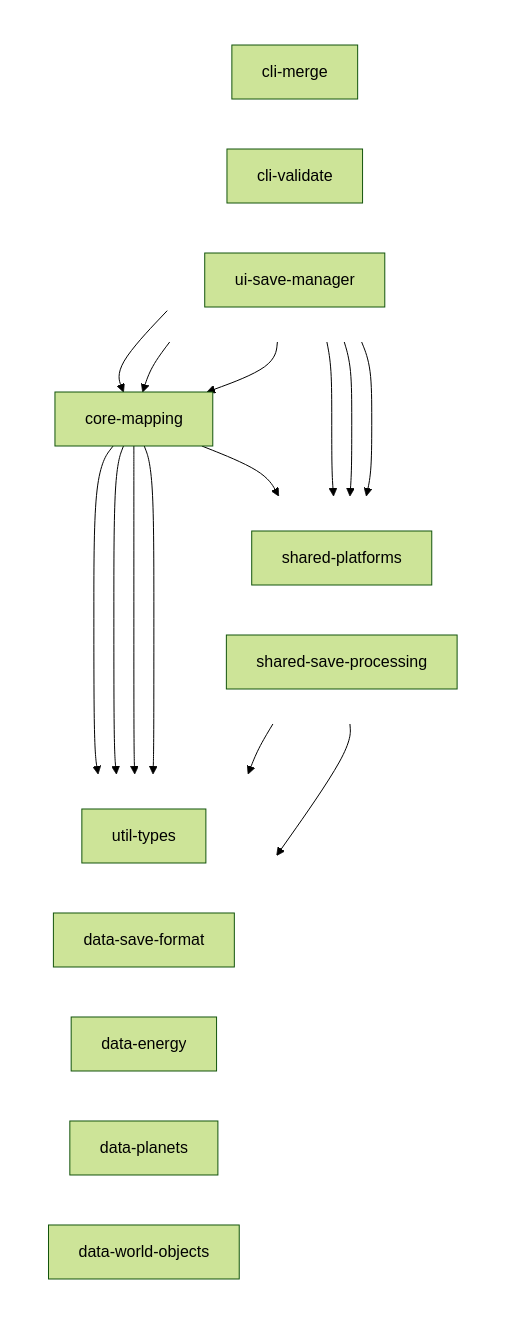
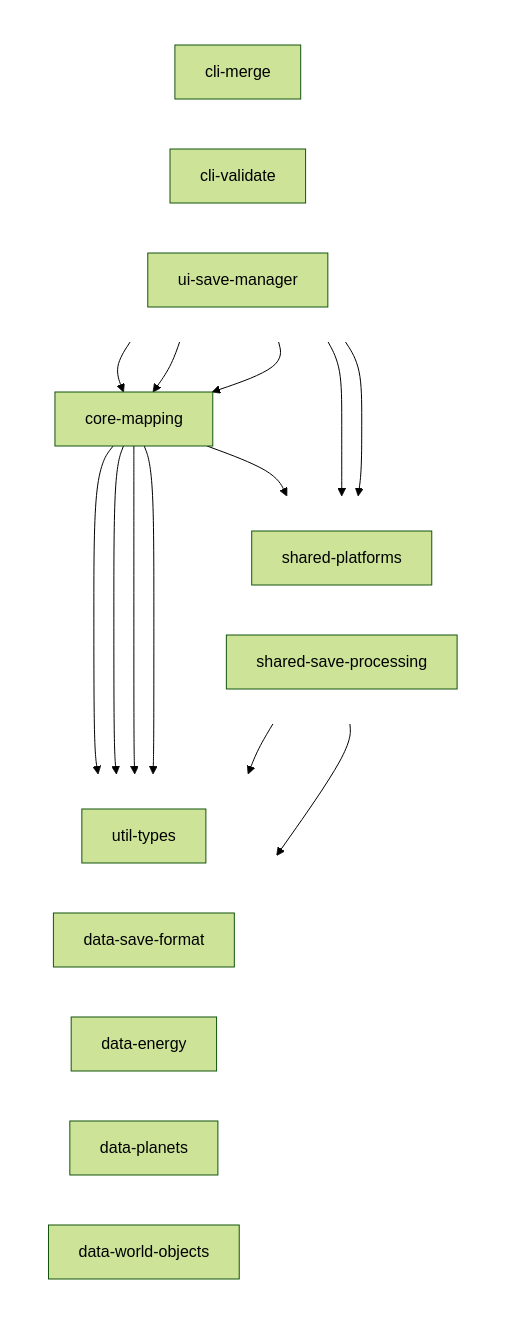
One commit to delairec/planet-crafter-save-tools changed the first of 3 diagrams in docs/wiki/dependency-graphs.md. Above: the diagram before and after it, drawn with Mermaid (forest theme). The commit also changed other lines of this file and 548 other files, not shown here.

````diff
--- a/docs/wiki/dependency-graphs.md
+++ b/docs/wiki/dependency-graphs.md
@@ -7,41 +9,40 @@
 ```mermaid
 flowchart TD
     subgraph apps [" "]
         direction LR
         cli-merge["cli-merge"]
         cli-validate["cli-validate"]
         ui-save-manager["ui-save-manager"]
     end
     core-mapping["core-mapping"]
     subgraph libs [" "]
         direction LR
         shared-platforms["shared-platforms"]
         shared-save-processing["shared-save-processing"]
     end
     subgraph leaves [" "]
         direction LR
         util-types["util-types"]
         data-save-format["data-save-format"]
         data-energy["data-energy"]
         data-planets["data-planets"]
         data-world-objects["data-world-objects"]
     end
 
     cli-merge --> core-mapping
     cli-merge --> shared-platforms
-    cli-merge --> shared-save-processing
     cli-validate --> core-mapping
     cli-validate --> shared-platforms
     ui-save-manager --> core-mapping
     core-mapping --> shared-save-processing
     core-mapping --> data-save-format
     core-mapping --> data-energy
     core-mapping --> data-planets
     core-mapping --> data-world-objects
     shared-save-processing --> data-save-format
     shared-platforms --> util-types
 
     style apps fill:none,stroke:none
     style libs fill:none,stroke:none
     style leaves fill:none,stroke:none
 ```
````
